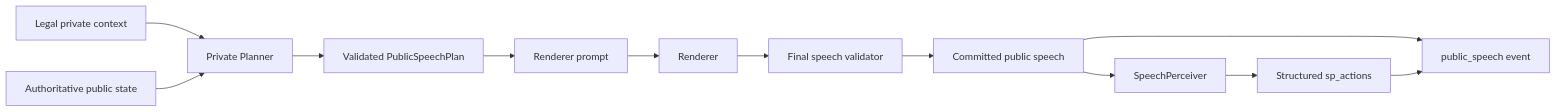
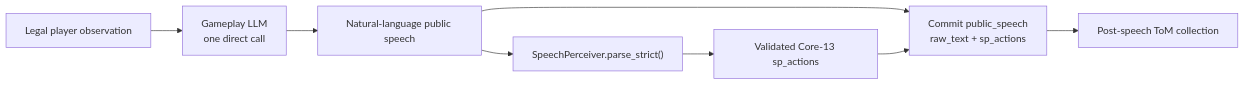
Before and after one commit to MonsterTracy/3wd-tom: the second of 4 diagrams in docs/architecture.md, drawn with Mermaid. The commit also changed other lines of this file and 22 other files, not shown here.

Commit message:
refactor: use direct public speech

````diff
--- a/docs/architecture.md
+++ b/docs/architecture.md
@@ -28,14 +28,10 @@
 ```mermaid
 flowchart LR
-    PC["Legal private context"] --> PL["Private Planner"]
-    PS["Authoritative public state"] --> PL
-    PL --> PP["Validated PublicSpeechPlan"]
-    PP --> RP["Renderer prompt"]
-    RP --> R["Renderer"]
-    R --> FV["Final speech validator"]
-    FV --> SP["Committed public speech"]
-    SP --> P["SpeechPerceiver"]
-    P --> SA["Structured sp_actions"]
-    SP --> EV["public_speech event"]
+    O["Legal player observation"] --> G["Gameplay LLM<br/>one direct call"]
+    G --> S["Natural-language public speech"]
+    S --> P["SpeechPerceiver.parse_strict()"]
+    P --> SA["Validated Core-13 sp_actions"]
+    S --> EV["Commit public_speech<br/>raw_text + sp_actions"]
     SA --> EV
+    EV --> T["Post-speech ToM collection"]
 ```
````
